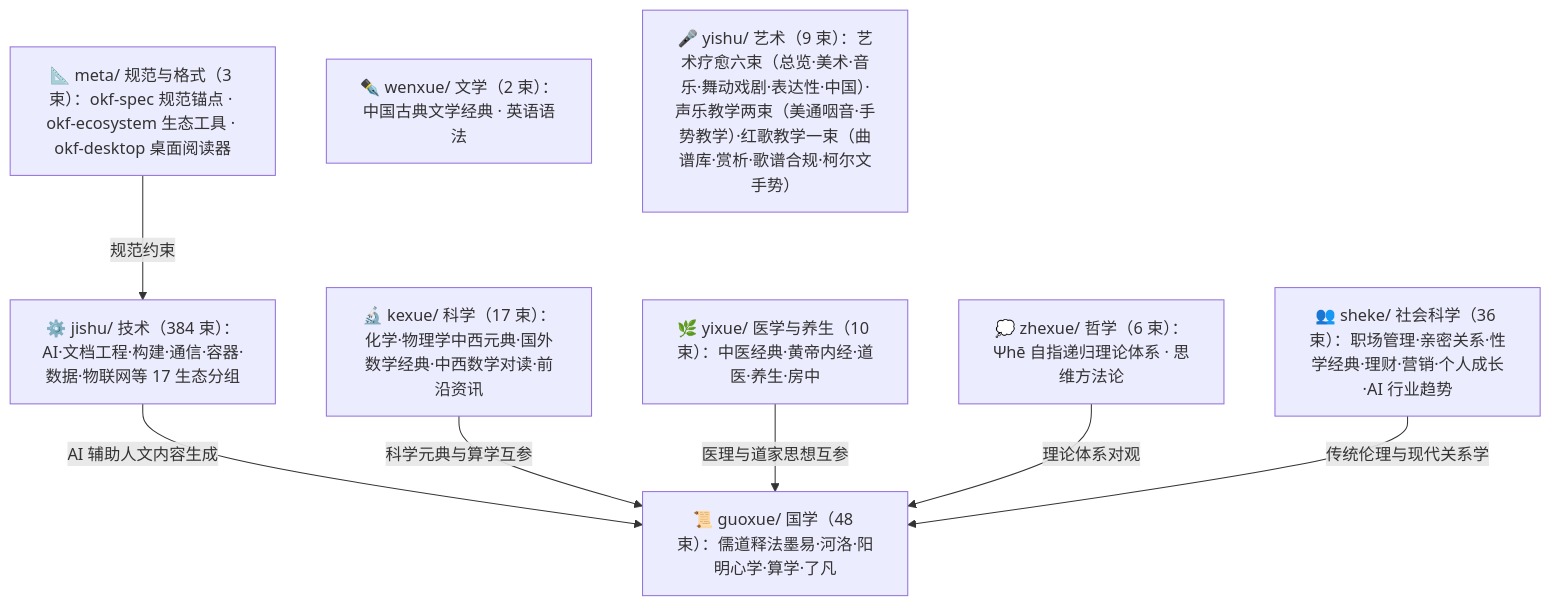
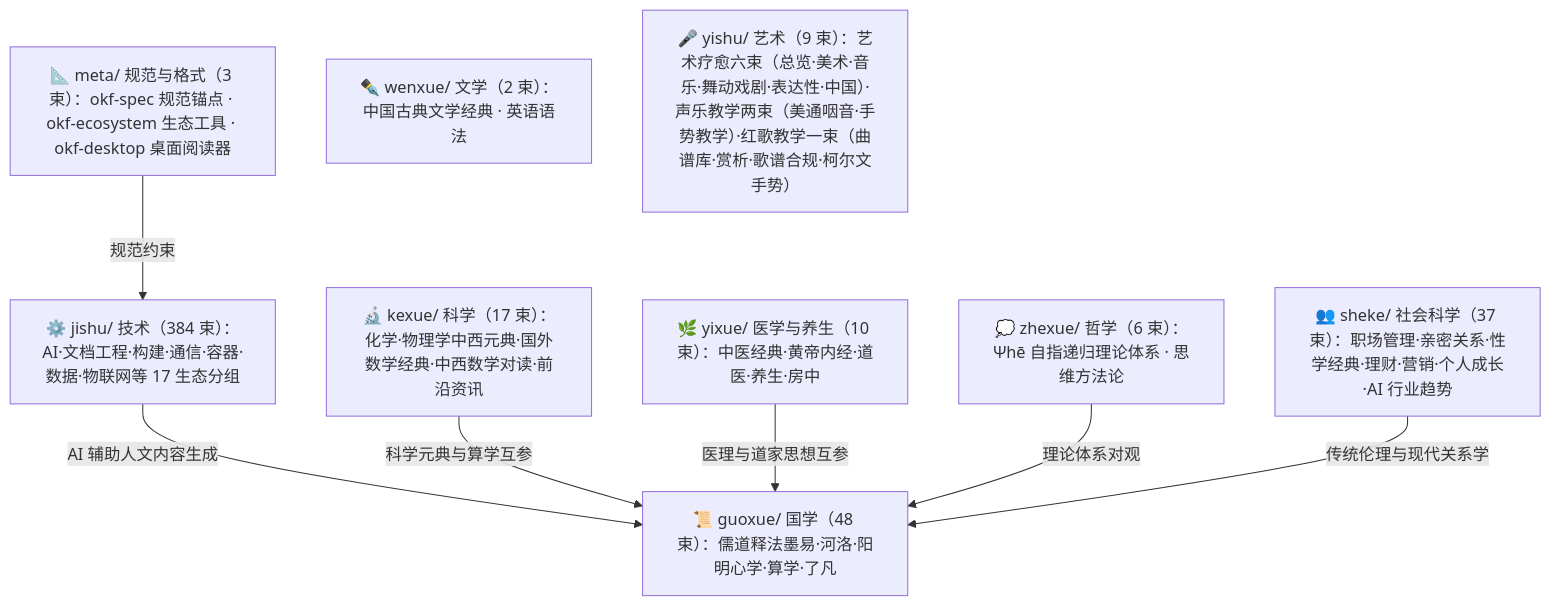
One commit to awesome-flexloop/awesome-okf changed the diagram in doc/bundles/index.md. Above: the diagram before and after it, drawn with Mermaid. The commit also changed other lines of this file and 28 other files, not shown here.

````diff
--- a/doc/bundles/index.md
+++ b/doc/bundles/index.md
@@ -21,18 +21,18 @@
 ```mermaid
 flowchart TD
     meta["📐 meta/ 规范与格式（3 束）：okf-spec 规范锚点 · okf-ecosystem 生态工具 · okf-desktop 桌面阅读器"]
     guoxue["📜 guoxue/ 国学（48 束）：儒道释法墨易·河洛·阳明心学·算学·了凡"]
     zhexue["💭 zhexue/ 哲学（6 束）：Ψhē 自指递归理论体系 · 思维方法论"]
     kexue["🔬 kexue/ 科学（17 束）：化学·物理学中西元典·国外数学经典·中西数学对读·前沿资讯"]
     wenxue["✒️ wenxue/ 文学（2 束）：中国古典文学经典 · 英语语法"]
     yixue["🌿 yixue/ 医学与养生（10 束）：中医经典·黄帝内经·道医·养生·房中"]
-    sheke["👥 sheke/ 社会科学（36 束）：职场管理·亲密关系·性学经典·理财·营销·个人成长·AI 行业趋势"]
+    sheke["👥 sheke/ 社会科学（37 束）：职场管理·亲密关系·性学经典·理财·营销·个人成长·AI 行业趋势"]
     yishu["🎤 yishu/ 艺术（9 束）：艺术疗愈六束（总览·美术·音乐·舞动戏剧·表达性·中国）·声乐教学两束（美通咽音·手势教学）·红歌教学一束（曲谱库·赏析·歌谱合规·柯尔文手势）"]
     jishu["⚙️ jishu/ 技术（384 束）：AI·文档工程·构建·通信·容器·数据·物联网等 17 生态分组"]
     meta -->|"规范约束"| jishu
     jishu -->|"AI 辅助人文内容生成"| guoxue
     kexue -->|"科学元典与算学互参"| guoxue
     yixue -->|"医理与道家思想互参"| guoxue
     zhexue -->|"理论体系对观"| guoxue
     sheke -->|"传统伦理与现代关系学"| guoxue
 ```
````
